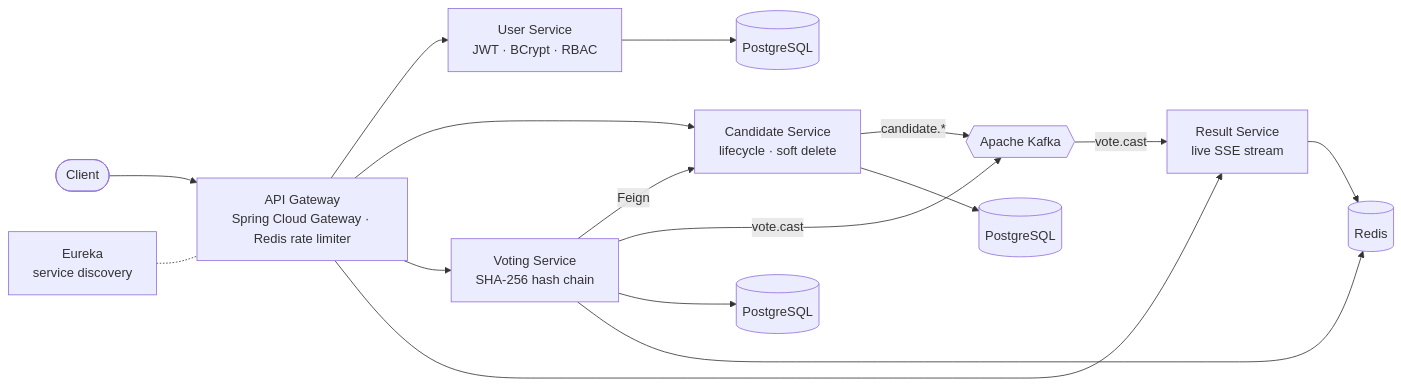
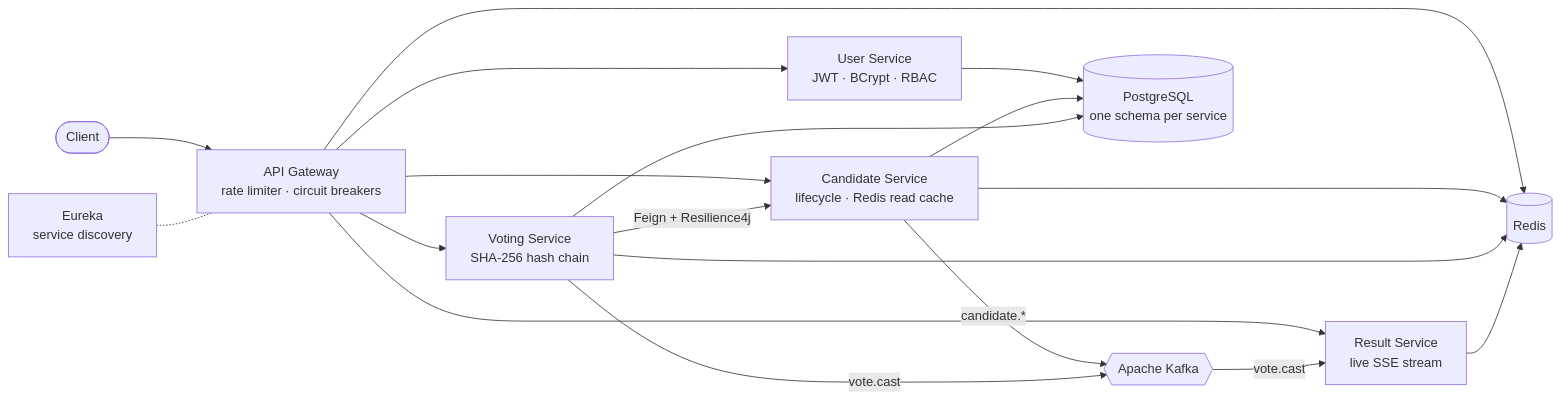
One commit to Vaibhav0710/Vaibhav0710 changed the diagram in README.md. Above: the diagram before and after it, drawn with Mermaid. The commit also changed other lines of this file, not shown here.

````diff
--- a/README.md
+++ b/README.md
@@ -68,22 +68,19 @@
 ```mermaid
 flowchart LR
-    C([Client]) --> GW["API Gateway<br/>Spring Cloud Gateway · Redis rate limiter"]
+    C([Client]) --> GW["API Gateway<br/>rate limiter · circuit breakers"]
 
     GW --> US["User Service<br/>JWT · BCrypt · RBAC"]
-    GW --> CS["Candidate Service<br/>lifecycle · soft delete"]
+    GW --> CS["Candidate Service<br/>lifecycle · Redis read cache"]
     GW --> VS["Voting Service<br/>SHA-256 hash chain"]
     GW --> RS["Result Service<br/>live SSE stream"]
 
-    VS -- Feign --> CS
+    VS -- "Feign + Resilience4j" --> CS
     CS -- "candidate.*" --> K{{Apache Kafka}}
     VS -- "vote.cast" --> K
     K -- "vote.cast" --> RS
 
-    US --> P1[(PostgreSQL)]
-    CS --> P2[(PostgreSQL)]
-    VS --> P3[(PostgreSQL)]
-    VS --> R[(Redis)]
-    RS --> R
+    US & CS & VS --> PG[("PostgreSQL<br/>one schema per service")]
+    GW & CS & VS & RS --> R[(Redis)]
 
     EU["Eureka<br/>service discovery"] -.- GW
 ```
````
